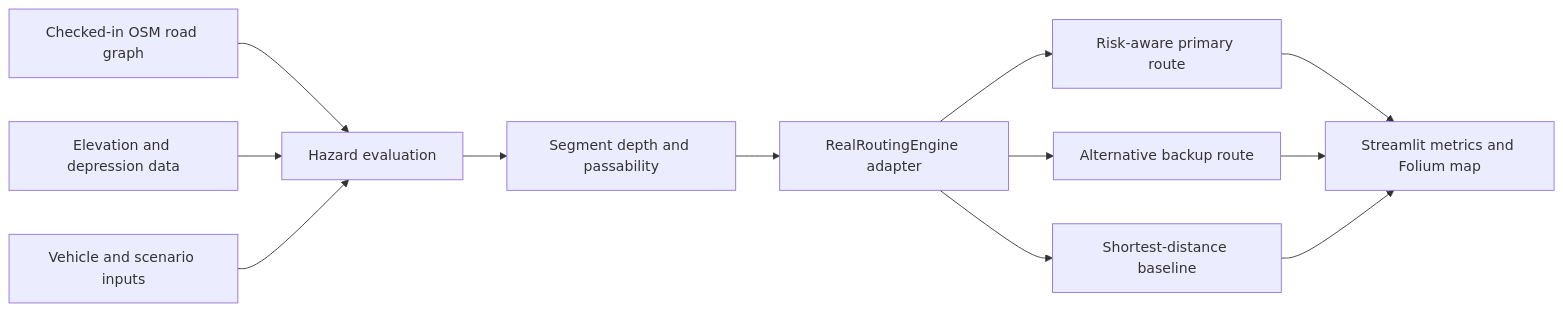
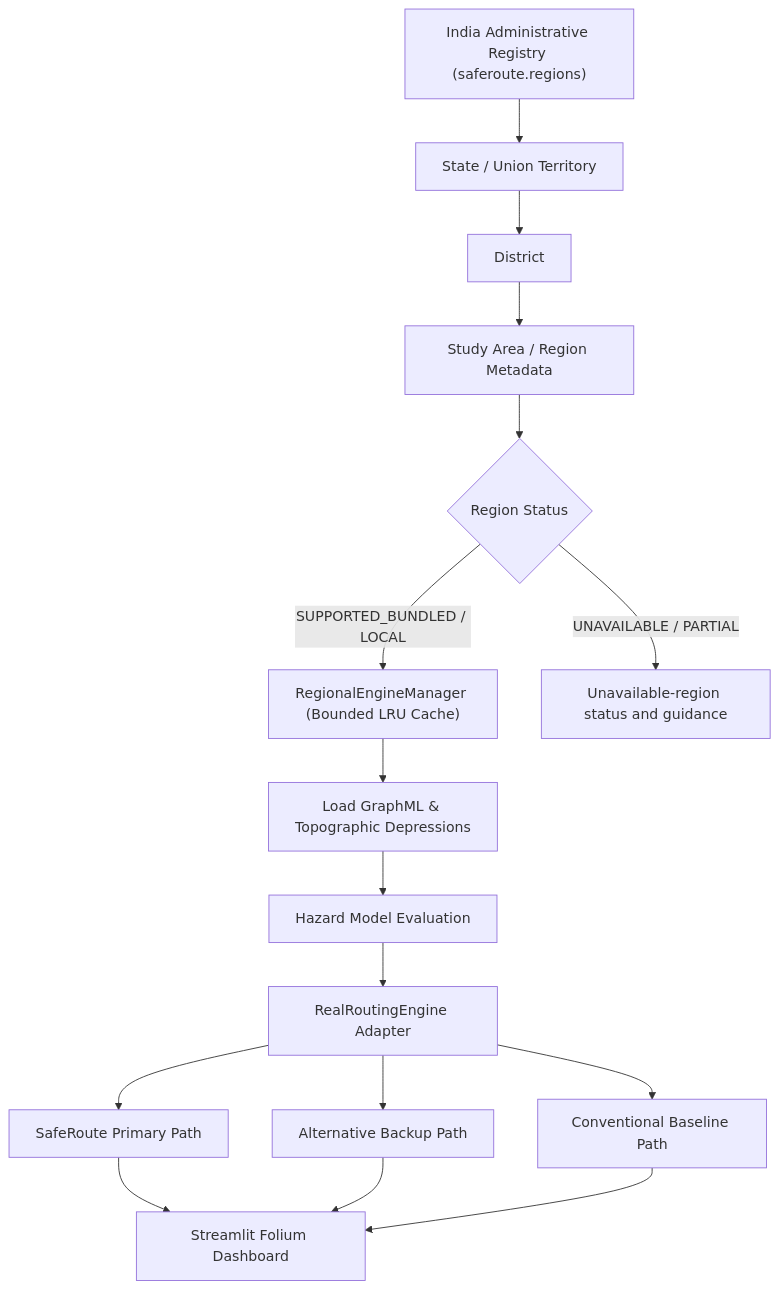
Before and after one commit to mrfrosty7007/saferoute-ai: the diagram in README.md, drawn with Mermaid. The commit also changed other lines of this file and 25 other files, not shown here.

Commit message:
feat(regions): add regional routing and validation workflows

````diff
--- a/README.md
+++ b/README.md
@@ -28,14 +43,18 @@
 ```mermaid
-flowchart LR
-    A[Checked-in OSM road graph] --> C[Hazard evaluation]
-    B[Elevation and depression data] --> C
-    D[Vehicle and scenario inputs] --> C
-    C --> E[Segment depth and passability]
-    E --> F[RealRoutingEngine adapter]
-    F --> G[Risk-aware primary route]
-    F --> H[Alternative backup route]
-    F --> I[Shortest-distance baseline]
-    G --> J[Streamlit metrics and Folium map]
-    H --> J
-    I --> J
+flowchart TD
+    A["India Administrative Registry (saferoute.regions)"] --> B["State / Union Territory"]
+    B --> C["District"]
+    C --> D["Study Area / Region Metadata"]
+    D --> E{"Region Status"}
+    E -->|"SUPPORTED_BUNDLED / LOCAL"| F["RegionalEngineManager (Bounded LRU Cache)"]
+    E -->|"UNAVAILABLE / PARTIAL"| G["Unavailable-region status and guidance"]
+    F --> H["Load GraphML & Topographic Depressions"]
+    H --> I["Hazard Model Evaluation"]
+    I --> J["RealRoutingEngine Adapter"]
+    J --> K["SafeRoute Primary Path"]
+    J --> L["Alternative Backup Path"]
+    J --> M["Conventional Baseline Path"]
+    K --> N["Streamlit Folium Dashboard"]
+    L --> N
+    M --> N
 ```
````
